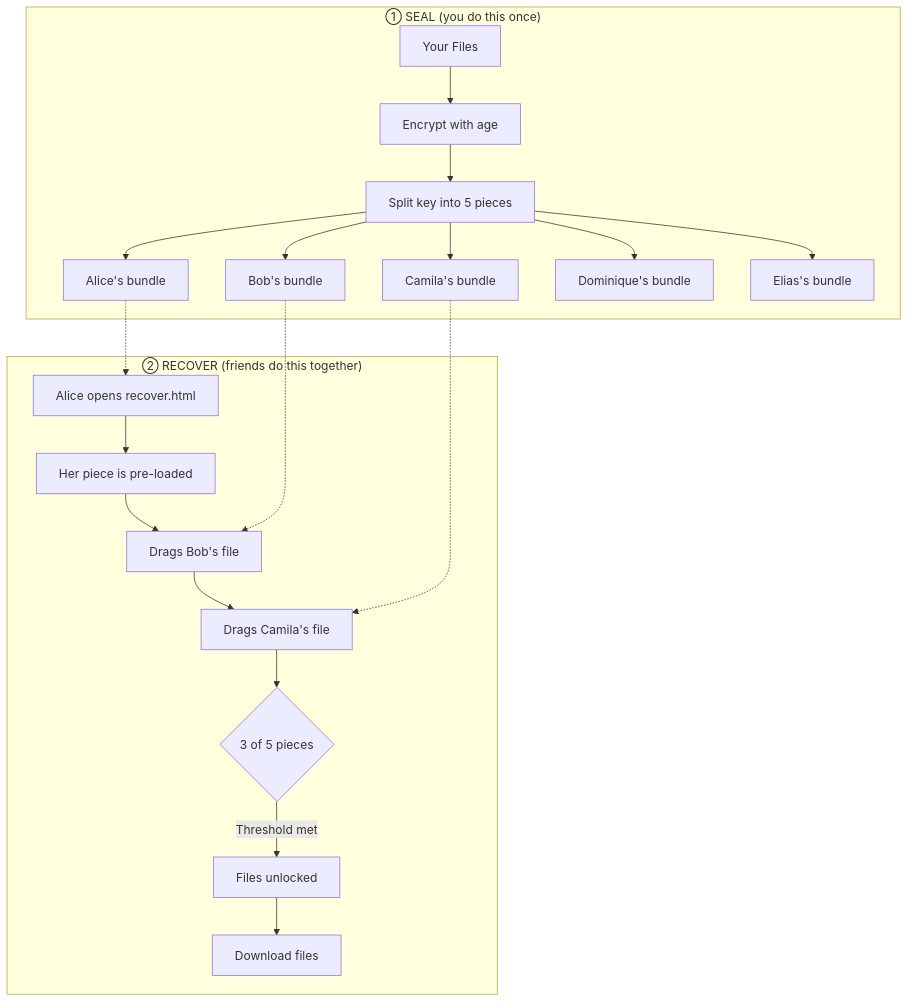
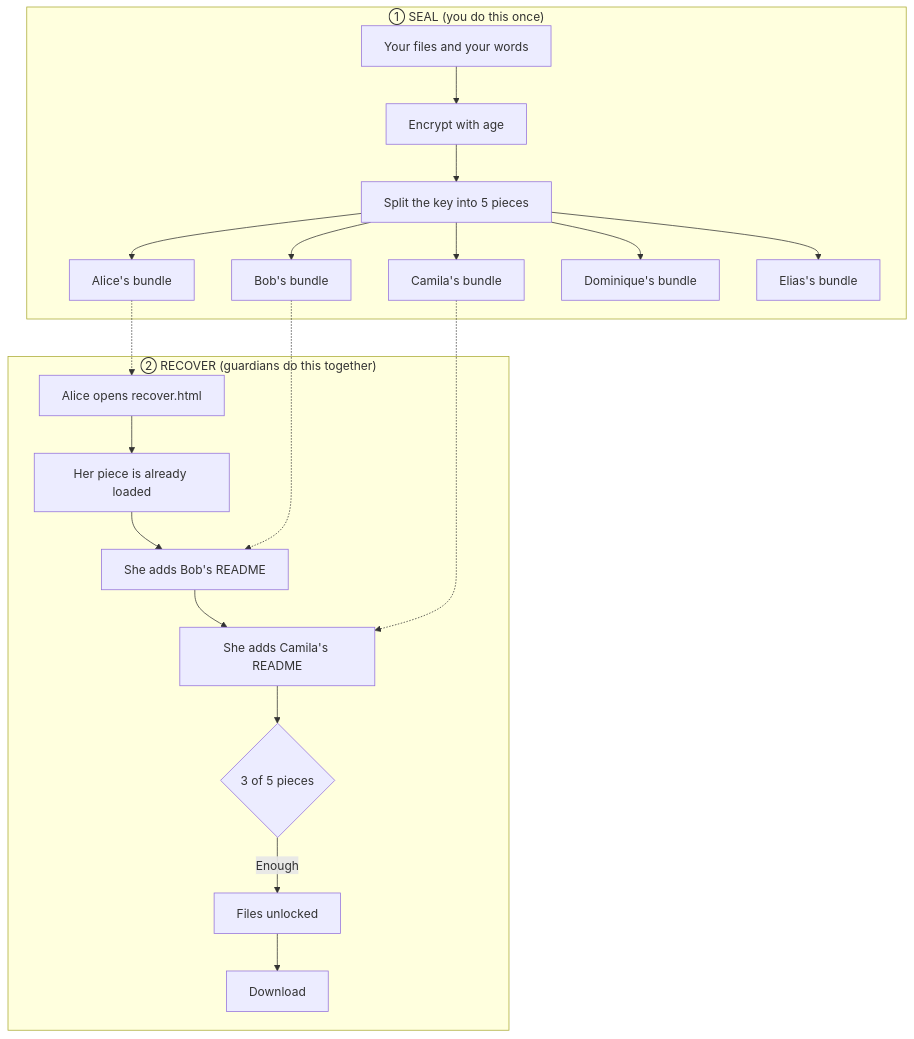
One commit to Bitcoin-Butlers/kaitiaki changed the diagram in README.md. Above: the diagram before and after it, drawn with Mermaid. The commit also changed other lines of this file and 6 other files, not shown here.

````diff
--- a/README.md
+++ b/README.md
@@ -20,25 +58,25 @@
 ```mermaid
 graph TB
     subgraph seal["① SEAL (you do this once)"]
-        A[Your Files] --> B[Encrypt with age]
-        B --> C[Split key into 5 pieces]
+        A[Your files and your words] --> B[Encrypt with age]
+        B --> C[Split the key into 5 pieces]
         C --> D1[Alice's bundle]
         C --> D2[Bob's bundle]
         C --> D3[Camila's bundle]
         C --> D4[Dominique's bundle]
         C --> D5[Elias's bundle]
     end
 
-    subgraph recover["② RECOVER (friends do this together)"]
-        R1[Alice opens recover.html] --> R2[Her piece is pre-loaded]
-        R2 --> R3[Drags Bob's file]
-        R3 --> R4[Drags Camila's file]
+    subgraph recover["② RECOVER (guardians do this together)"]
+        R1[Alice opens recover.html] --> R2[Her piece is already loaded]
+        R2 --> R3[She adds Bob's README]
+        R3 --> R4[She adds Camila's README]
         R4 --> R5{3 of 5 pieces}
-        R5 -->|Threshold met| R6[Files unlocked]
-        R6 --> R7[Download files]
+        R5 -->|Enough| R6[Files unlocked]
+        R6 --> R7[Download]
     end
 
     D1 -.-> R1
     D2 -.-> R3
     D3 -.-> R4
 ```
````
